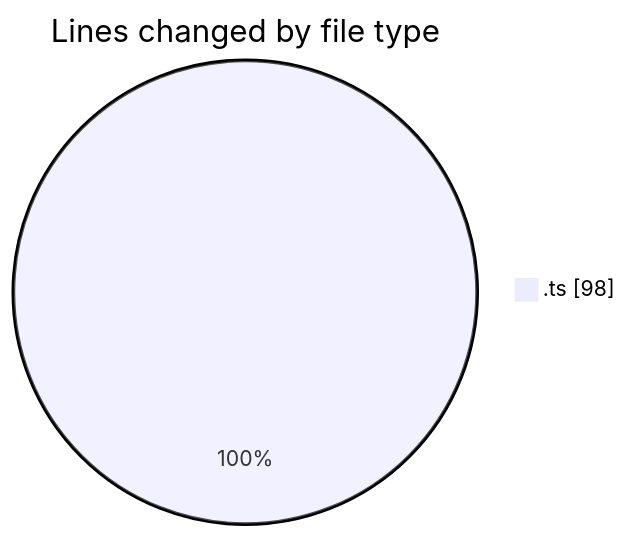
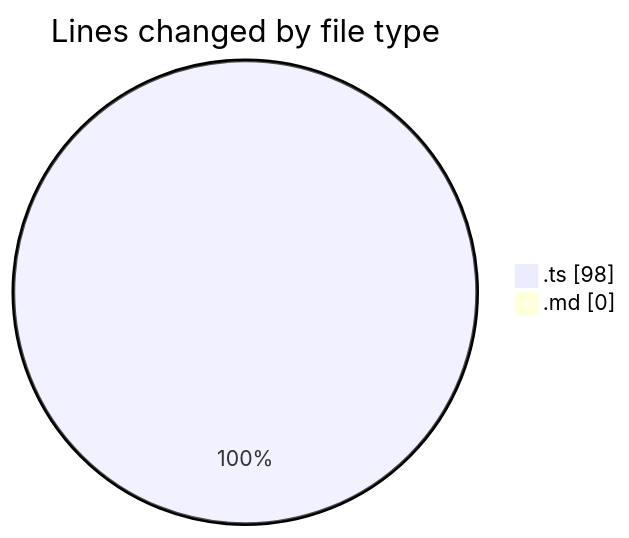
One commit to ernivani/code-tracking changed the first of 2 diagrams in 2025-01-03/my-code-activity-ext/README.md. Above: the diagram before and after it, drawn with Mermaid. The commit also changed other lines of this file and 2 other files, not shown here.

````diff
--- a/2025-01-03/my-code-activity-ext/README.md
+++ b/2025-01-03/my-code-activity-ext/README.md
@@ -20,5 +21,6 @@
 ```mermaid
 pie showData
 title Lines changed by file type
 ".ts" : 98
+".md" : 0
 ```
````
